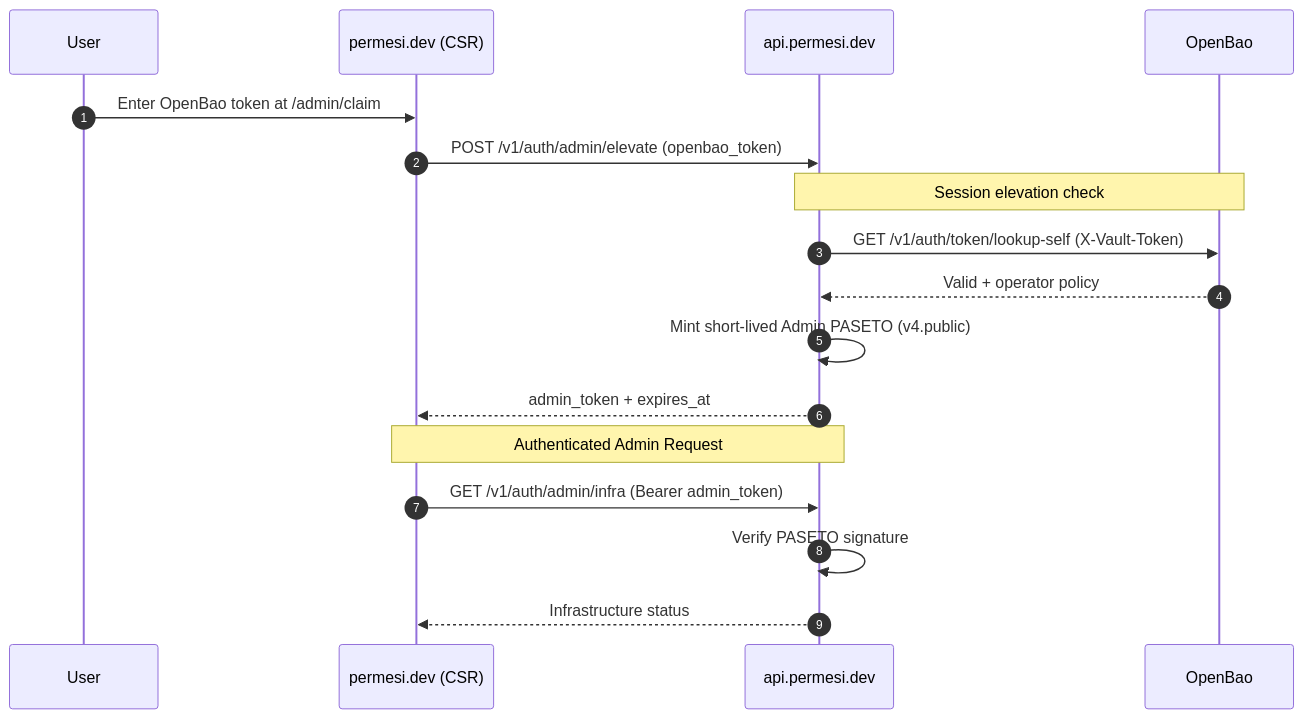
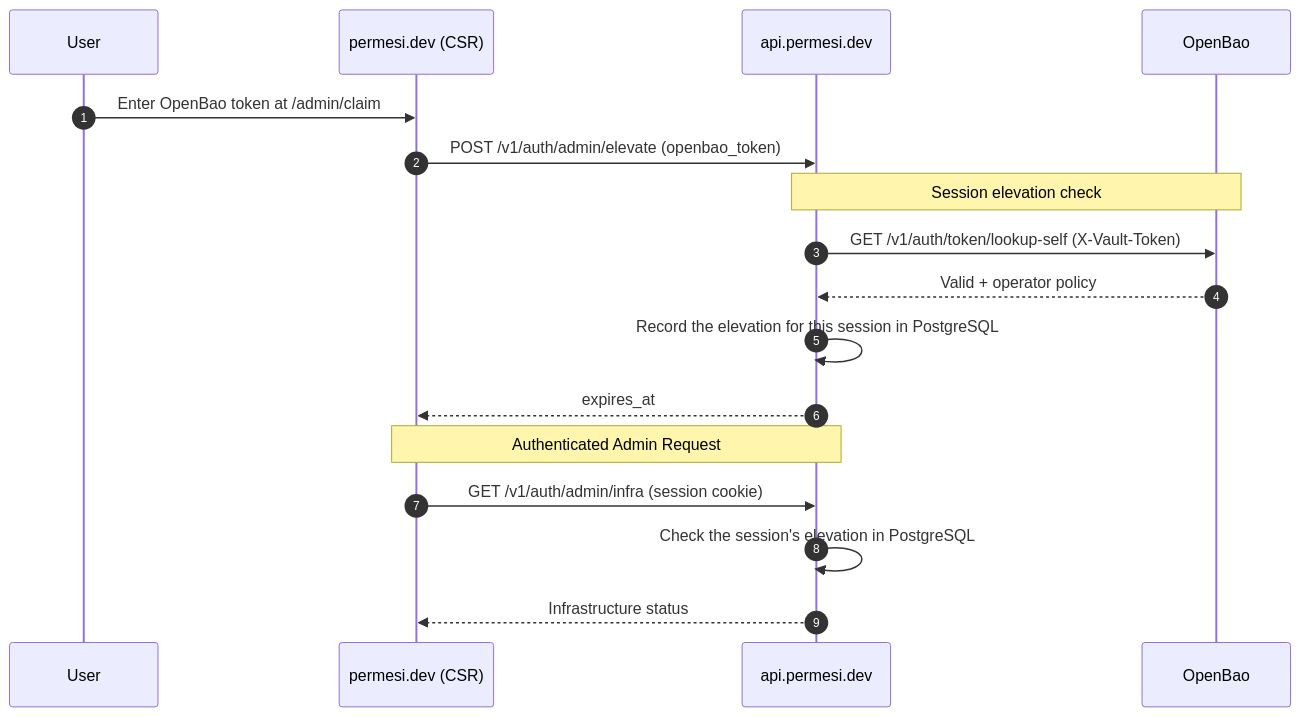
Before and after one commit to permesi/permesi: the second of 2 diagrams in apps/web/README.md, drawn with Mermaid. The commit also changed other lines of this file and 38 other files, not shown here.

First line of the commit message:
Hold operator elevation in PostgreSQL against the session that earned it

````diff
--- a/apps/web/README.md
+++ b/apps/web/README.md
@@ -272,21 +272,21 @@
   ```mermaid
   sequenceDiagram
     autonumber
     participant User
     participant Web as permesi.dev (CSR)
     participant API as api.permesi.dev
     participant OpenBao
   
     User->>Web: Enter OpenBao token at /admin/claim
     Web->>API: POST /v1/auth/admin/elevate (openbao_token)
     Note over API,OpenBao: Session elevation check
     API->>OpenBao: GET /v1/auth/token/lookup-self (X-Vault-Token)
     OpenBao-->>API: Valid + operator policy
-    API->>API: Mint short-lived Admin PASETO (v4.public)
-    API-->>Web: admin_token + expires_at
+    API->>API: Record the elevation for this session in PostgreSQL
+    API-->>Web: expires_at
   
     Note over Web,API: Authenticated Admin Request
-    Web->>API: GET /v1/auth/admin/infra (Bearer admin_token)
-    API->>API: Verify PASETO signature
+    Web->>API: GET /v1/auth/admin/infra (session cookie)
+    API->>API: Check the session's elevation in PostgreSQL
     API-->>Web: Infrastructure status
   ```
````
